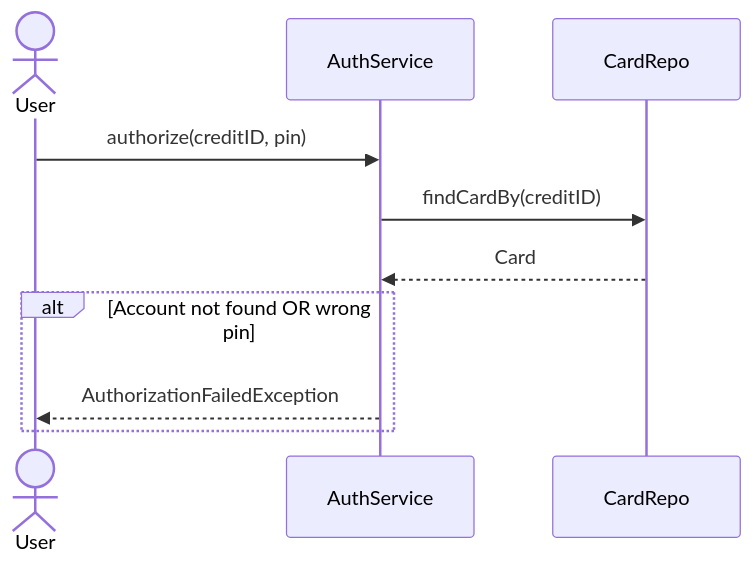
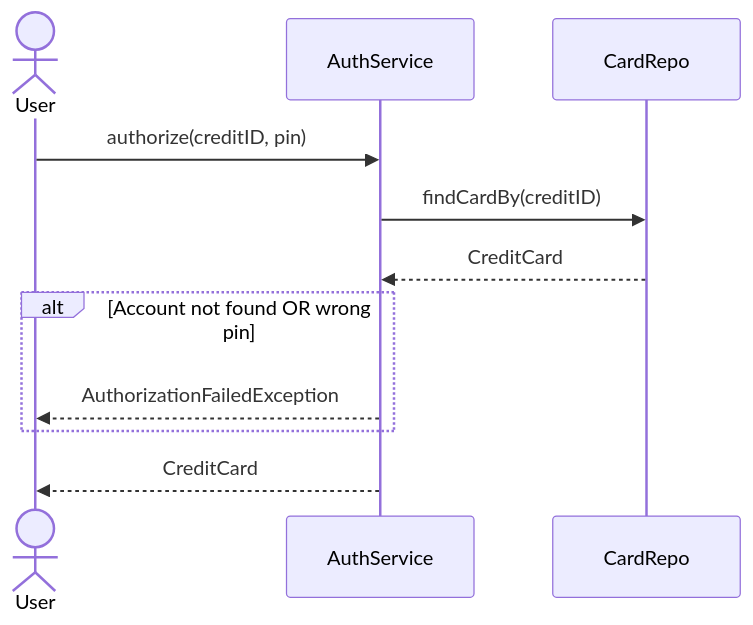
Before and after one commit to Apameus/ATM_Underground: the second of 6 diagrams in docs/technicalDocs_v2.md, drawn with Mermaid. The commit also changed other lines of this file, not shown here.

````diff
--- a/docs/technicalDocs_v2.md
+++ b/docs/technicalDocs_v2.md
@@ -12,13 +12,13 @@
 ```mermaid
 sequenceDiagram
-actor U as User
-participant S as AuthService
-participant R as CardRepo
-
-U ->> S: authorize(creditID, pin)
-S ->> R: findCardBy(creditID)
-R -->> S: Card
-alt Account not found OR wrong pin
-    S -->> U: AuthorizationFailedException
-end
+    actor U as User
+    participant S as AuthService
+    participant R as CardRepo
+    U ->> S: authorize(creditID, pin)
+    S ->> R: findCardBy(creditID)
+    R -->> S: CreditCard
+    alt Account not found OR wrong pin
+        S -->> U: AuthorizationFailedException
+    end
+    S -->> U: CreditCard
 ```
````
